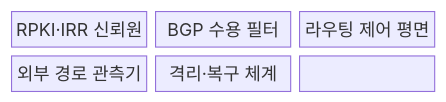
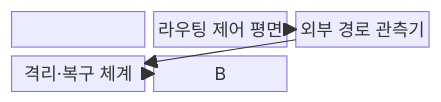
One commit to agnusdei1207/knowledge-base changed the first of 2 diagrams in src/content/docs/notes/04-network/110_bgp_hijacking_prevention.md. Above: the diagram before and after it, drawn with Mermaid. The commit also changed other lines of this file and 16 other files, not shown here.

````diff
--- a/src/content/docs/notes/04-network/110_bgp_hijacking_prevention.md
+++ b/src/content/docs/notes/04-network/110_bgp_hijacking_prevention.md
@@ -56,11 +55,8 @@
 ```mermaid
-block-beta
+block
     columns 3
-    A["RPKI·IRR 신뢰원"]
-    B["BGP 수용 필터"]
-    C["라우팅 제어 평면"]
-    D["외부 경로 관측기"]
-    E["격리·복구 체계"]
-    A --- B --- C
-    C --- D --- E
+    A["RPKI·IRR 신뢰원"] --> B["BGP 수용 필터"] --> C["라우팅 제어 평면"]
+    D["외부 경로 관측기"] --> E["격리·복구 체계"]
+    C --> D
+    E --> B
 ```
````
